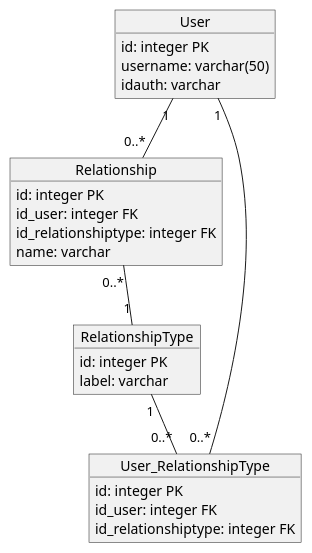
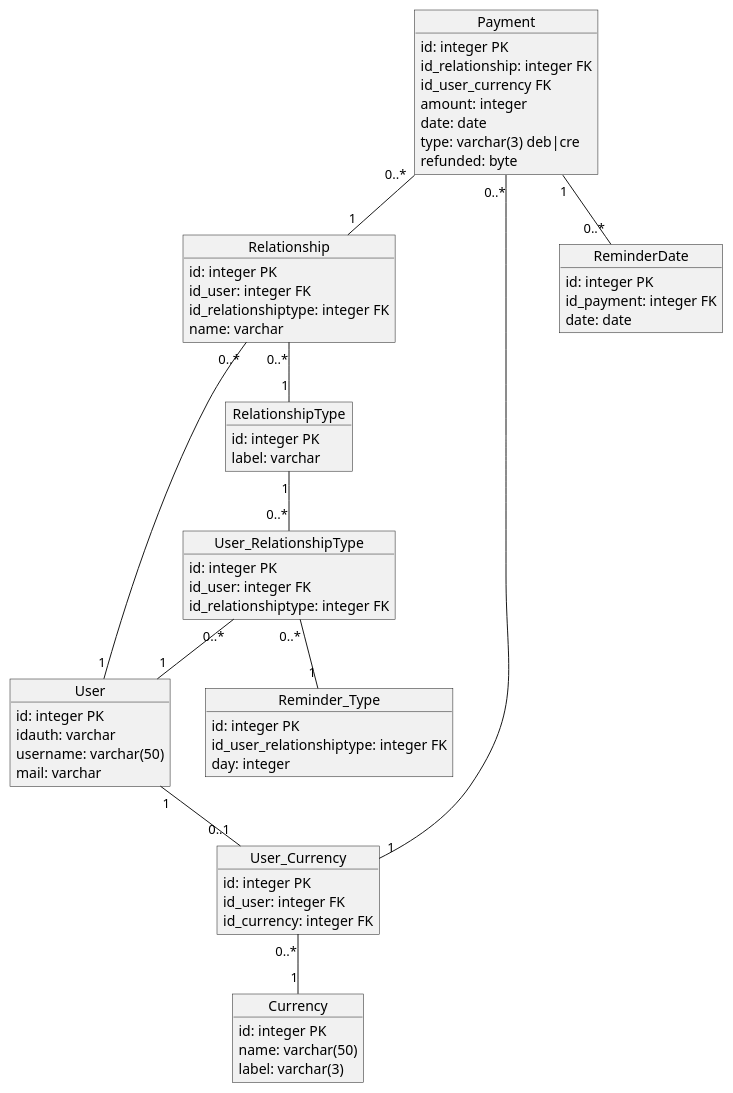
One commit to kingdomflo/M-A-R-X_Backend changed the diagram in plantUml/class.puml. Above: the diagram before and after it, drawn with PlantUML. The commit also changed 1 other file, not shown here.

Commit message:
class uml (can be better)

```diff
--- a/plantUml/class.puml
+++ b/plantUml/class.puml
@@ -1,30 +1,71 @@
 @startuml class
 object User {
   id: integer PK
+  idauth: varchar
   username: varchar(50)
-  idauth: varchar
+  mail: varchar
 }
 
 object Relationship {
   id: integer PK
   id_user: integer FK
   id_relationshiptype: integer FK
   name: varchar
 }
 
 object RelationshipType {
   id: integer PK
   label: varchar
 }
 
 object User_RelationshipType {
   id: integer PK
   id_user: integer FK
   id_relationshiptype: integer FK
 }
 
-User "1" -- "0..*" Relationship
+object Reminder_Type {
+  id: integer PK
+  id_user_relationshiptype: integer FK
+  day: integer
+}
+
+object Currency {
+  id: integer PK
+  name: varchar(50)
+  label: varchar(3)
+}
+
+object User_Currency {
+  id: integer PK
+  id_user: integer FK
+  id_currency: integer FK
+}
+
+object Payment {
+  id: integer PK
+  id_relationship: integer FK
+  id_user_currency FK
+  amount: integer
+  date: date
+  type: varchar(3) deb|cre
+  refunded: byte
+}
+
+object ReminderDate {
+  id: integer PK
+  id_payment: integer FK
+  date: date
+}
+
+Relationship "0..*" -- "1" User
 Relationship "0..*" -- "1" RelationshipType
 RelationshipType "1" -- "0..*" User_RelationshipType
 User_RelationshipType "0..*" -- "1" User
+User_RelationshipType "0..*" -- "1" Reminder_Type
+User_Currency "0..*" -- "1" Currency
+User "1" -- "0..1" User_Currency
+Payment "0..*" -- "1" Relationship
+Payment "0..*" -- "1" User_Currency
+Payment "1" -- "0..*" ReminderDate
 @enduml
```
